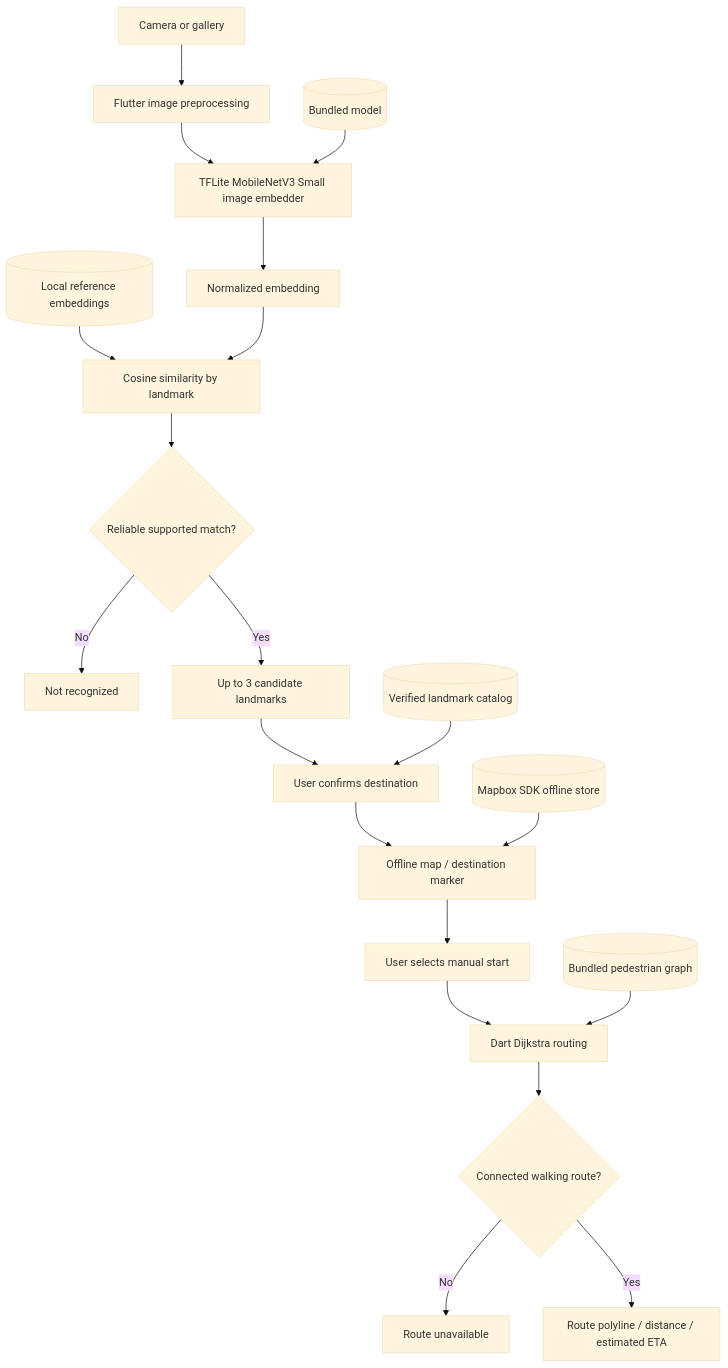
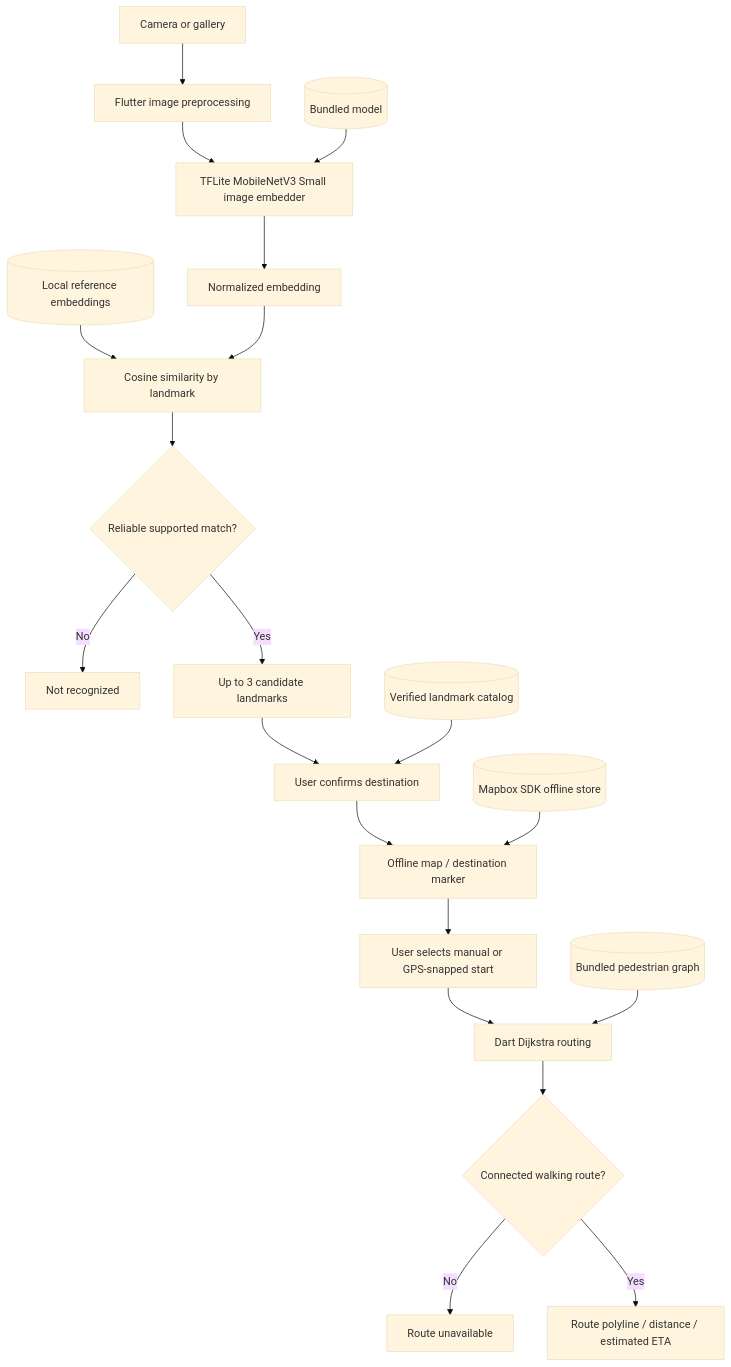
One commit to hiroqt/tunton-ai changed the diagram in README.md. Above: the diagram before and after it, drawn with Mermaid (base theme). The commit also changed other lines of this file and 89 other files, not shown here.

````diff
--- a/README.md
+++ b/README.md
@@ -102,22 +102,22 @@
 ```mermaid
 flowchart TD
     A[Camera or gallery] --> B[Flutter image preprocessing]
     B --> C[TFLite MobileNetV3 Small image embedder]
     M[(Bundled model)] --> C
     C --> D[Normalized embedding]
     R[(Local reference embeddings)] --> E[Cosine similarity by landmark]
     D --> E
     E --> F{Reliable supported match?}
     F -->|No| G[Not recognized]
     F -->|Yes| H[Up to 3 candidate landmarks]
     H --> I[User confirms destination]
     L[(Verified landmark catalog)] --> I
     I --> J[Offline map / destination marker]
     T[(Mapbox SDK offline store)] --> J
-    J --> K[User selects manual start]
+    J --> K[User selects manual or GPS-snapped start]
     K --> N[Dart Dijkstra routing]
     W[(Bundled pedestrian graph)] --> N
     N --> O{Connected walking route?}
     O -->|No| P[Route unavailable]
     O -->|Yes| Q[Route polyline / distance / estimated ETA]
 ```
````
